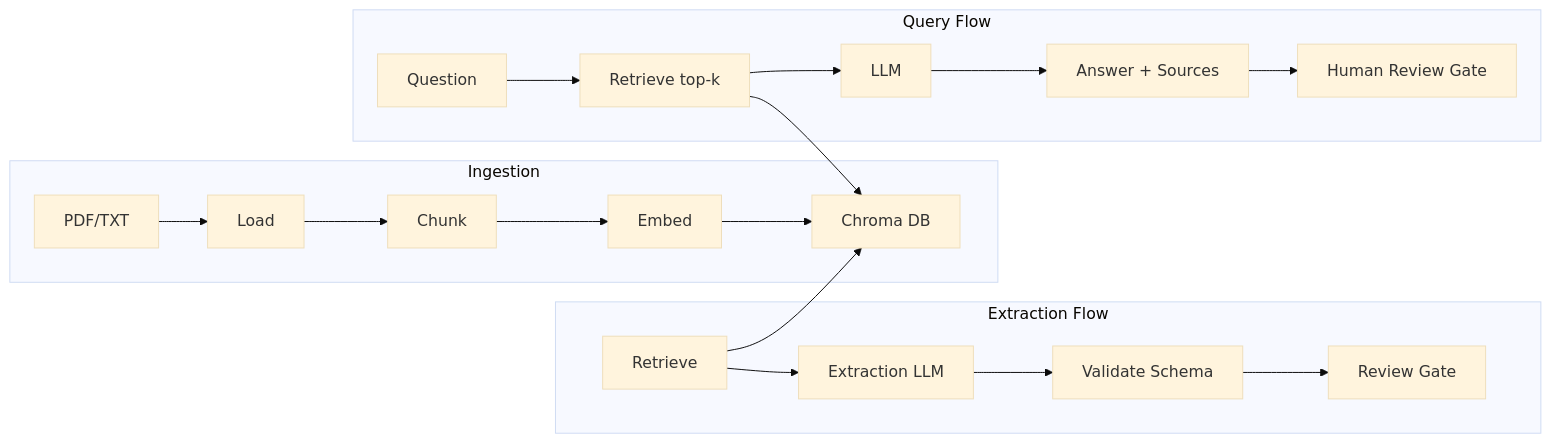
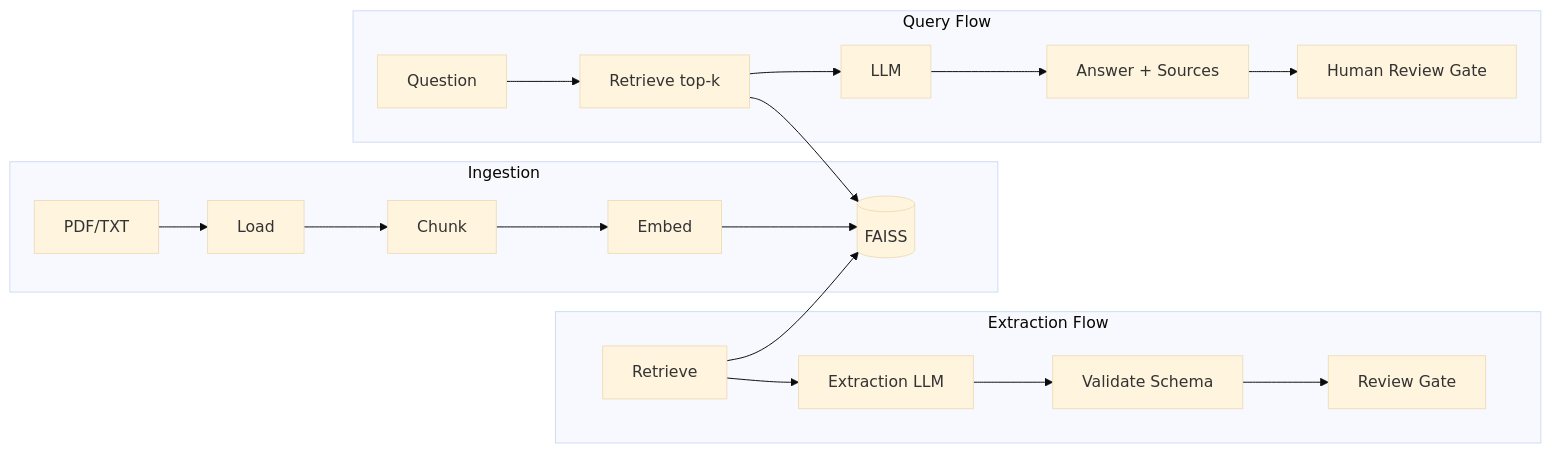
Before and after one commit to mojo8787/rag-prototype: the first of 3 diagrams in docs/ARCHITECTURE.md, drawn with Mermaid (base theme). The commit also changed other lines of this file and 7 other files, not shown here.

First line of the commit message:
Switch from ChromaDB to FAISS for Azure sqlite3 compatibility

````diff
--- a/docs/ARCHITECTURE.md
+++ b/docs/ARCHITECTURE.md
@@ -5,24 +5,24 @@
 ```mermaid
 flowchart LR
     subgraph Ingest [Ingestion]
         PDF[PDF/TXT] --> Load[Load]
         Load --> Chunk[Chunk]
         Chunk --> Embed[Embed]
-        Embed --> Chroma[Chroma DB]
+        Embed --> FAISS[(FAISS)]
     end
 
     subgraph Query [Query Flow]
         Q[Question] --> Retrieve[Retrieve top-k]
-        Retrieve --> Chroma
+        Retrieve --> FAISS
         Retrieve --> LLM[LLM]
         LLM --> Answer[Answer + Sources]
         Answer --> Gate[Human Review Gate]
     end
 
     subgraph Extract [Extraction Flow]
-        Retrieve2[Retrieve] --> Chroma
+        Retrieve2[Retrieve] --> FAISS
         Retrieve2 --> ExtractLLM[Extraction LLM]
         ExtractLLM --> Validate[Validate Schema]
         Validate --> ReviewGate[Review Gate]
     end
 ```
````
